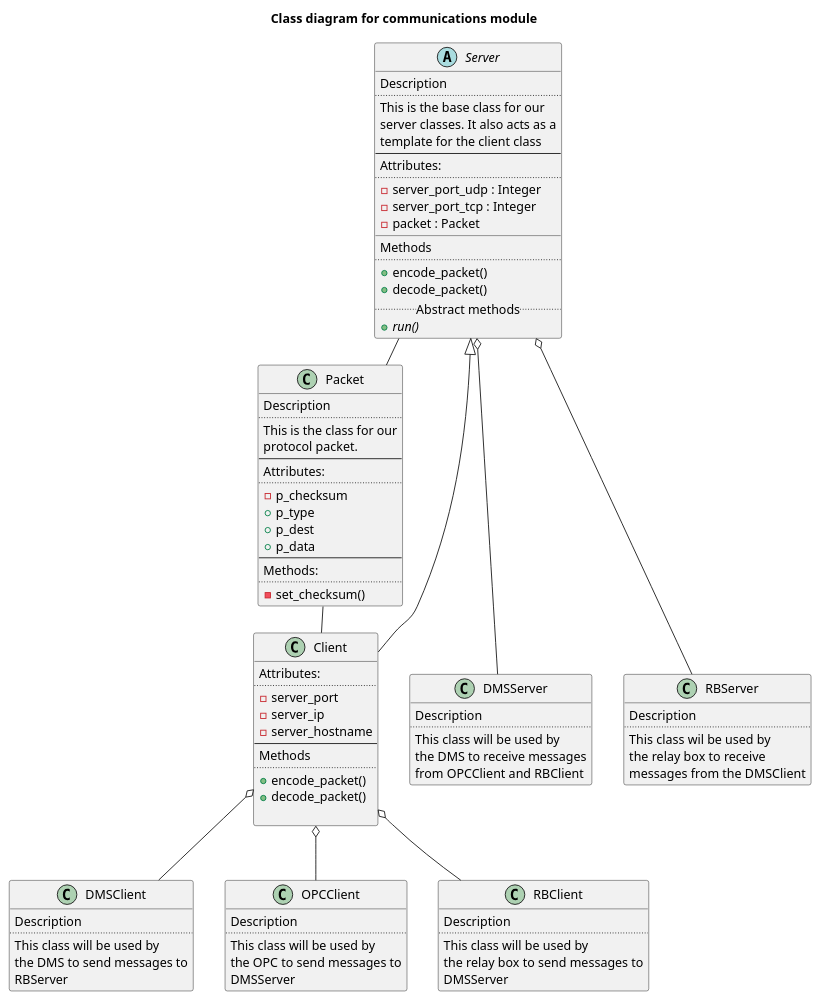
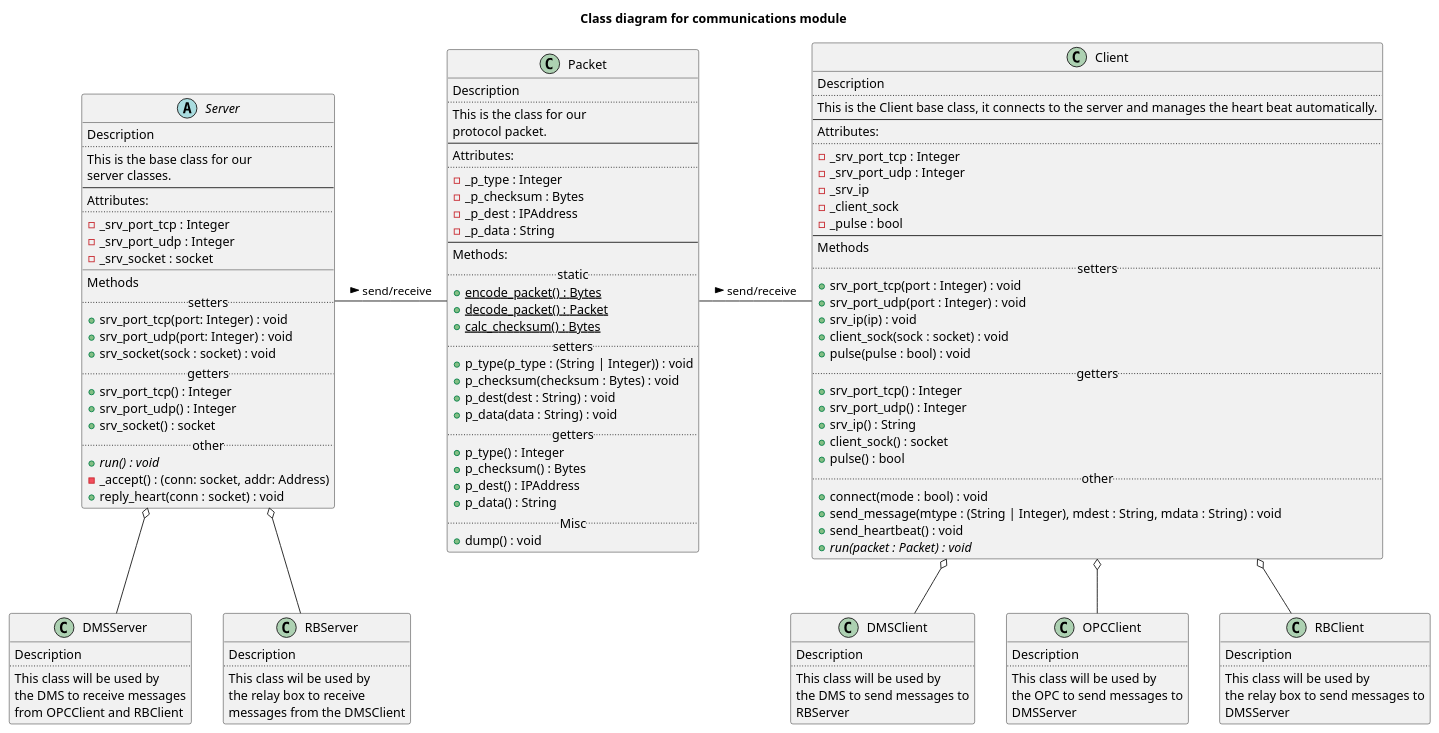
One commit to CE-CF/P2-B214 changed the diagram in hive/communication/README.org. Above: the diagram before and after it, drawn with PlantUML. The commit also changed 1 other file, not shown here.

Commit message:
Finalized class diagram for Packet and client

```diff
--- a/hive/communication/README.org
+++ b/hive/communication/README.org
@@ -46,35 +46,55 @@
           --
           Attributes:
           ..
-          -p_checksum
-          +p_type
-          +p_dest
-          +p_data
+          -_p_type : Integer
+          -_p_checksum : Bytes
+          -_p_dest : IPAddress
+          -_p_data : String
           --
           Methods:
-          ..
-          -set_checksum()
+          ..static..
+          +{static}encode_packet() : Bytes
+          +{static}decode_packet() : Packet
+          +{static}calc_checksum() : Bytes
+          ..setters..
+          +p_type(p_type : (String | Integer)) : void
+          +p_checksum(checksum : Bytes) : void
+          +p_dest(dest : String) : void
+          +p_data(data : String) : void
+          ..getters..
+          +p_type() : Integer
+          +p_checksum() : Bytes
+          +p_dest() : IPAddress
+          +p_data() : String
+          ..Misc..
+          +dump() : void
   }
 
   abstract class Server{
           Description
           ..
           This is the base class for our
-          server classes. It also acts as a
-          template for the client class
+          server classes. 
           --
           Attributes:
           ..
-          -server_port_udp : Integer
-          -server_port_tcp : Integer
-          -packet : Packet
+          -_srv_port_tcp : Integer
+          -_srv_port_udp : Integer
+          -_srv_socket : socket
           __
           Methods
-          ..
-          +encode_packet()
-          +decode_packet()
-          ..Abstract methods..
-          +{abstract} run()
+          ..setters..
+          +srv_port_tcp(port: Integer) : void
+          +srv_port_udp(port: Integer) : void
+          +srv_socket(sock : socket) : void
+          ..getters..
+          +srv_port_tcp() : Integer
+          +srv_port_udp() : Integer
+          +srv_socket() : socket
+          ..other..
+          +{abstract} run() : void
+          -_accept() : (conn: socket, addr: Address)
+          +reply_heart(conn : socket) : void
   }
 
   class DMSServer{
@@ -94,17 +114,36 @@
   }
 
   class Client{
+          Description
+          ..
+          This is the Client base class, it connects to the server and manages the heart beat automatically.
+          --
           Attributes:
           ..
-          -server_port
-          -server_ip
-          -server_hostname
+          -_srv_port_tcp : Integer
+          -_srv_port_udp : Integer
+          -_srv_ip
+          -_client_sock
+          -_pulse : bool
           --
           Methods
-          ..
-          +encode_packet()
-          +decode_packet()
-
+          ..setters..
+          +srv_port_tcp(port : Integer) : void
+          +srv_port_udp(port : Integer) : void
+          +srv_ip(ip) : void
+          +client_sock(sock : socket) : void
+          +pulse(pulse : bool) : void
+          ..getters..
+          +srv_port_tcp() : Integer
+          +srv_port_udp() : Integer
+          +srv_ip() : String
+          +client_sock() : socket
+          +pulse() : bool
+          ..other..
+          +connect(mode : bool) : void
+          +send_message(mtype : (String | Integer), mdest : String, mdata : String) : void
+          +send_heartbeat() : void
+          +{abstract}run(packet : Packet) : void
   }
 
   class DMSClient{
@@ -135,7 +174,6 @@
   Client o-- RBClient
   Client o-- DMSClient
 
-  class Client extends Server
 
   Server o-- DMSServer 
   Server o-- RBServer  
```
